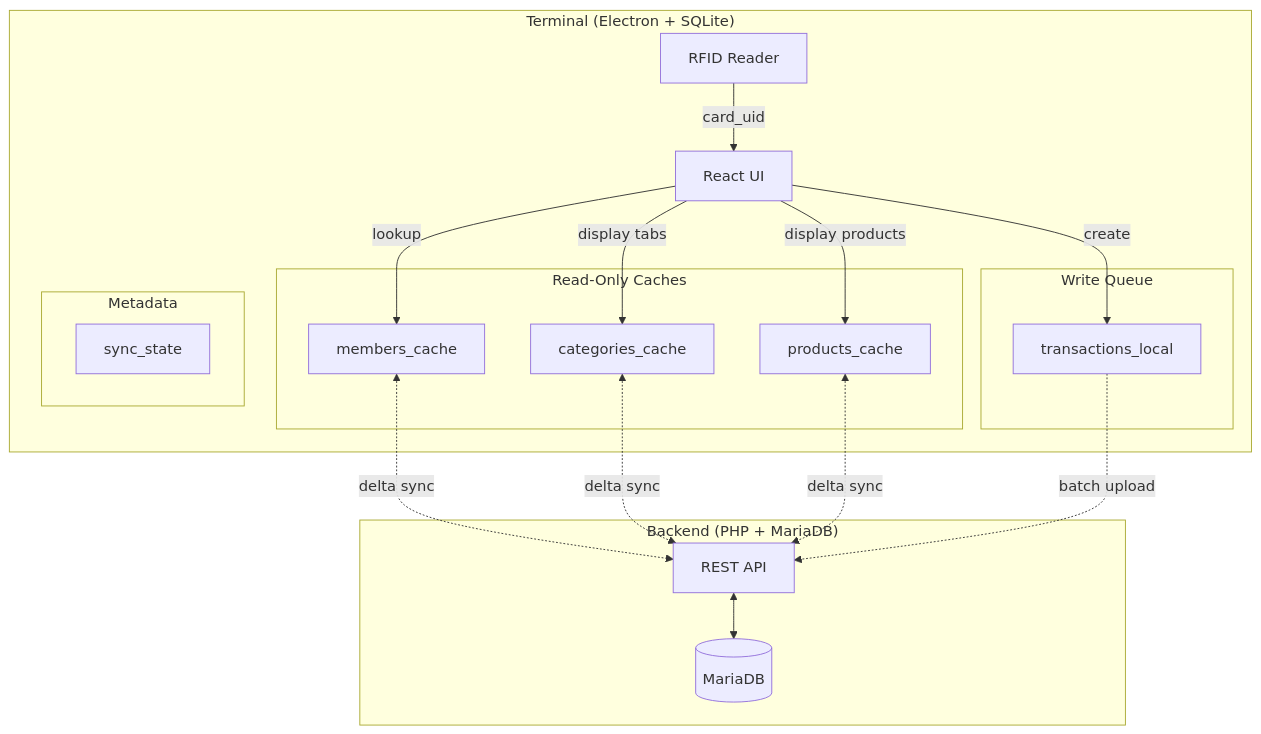
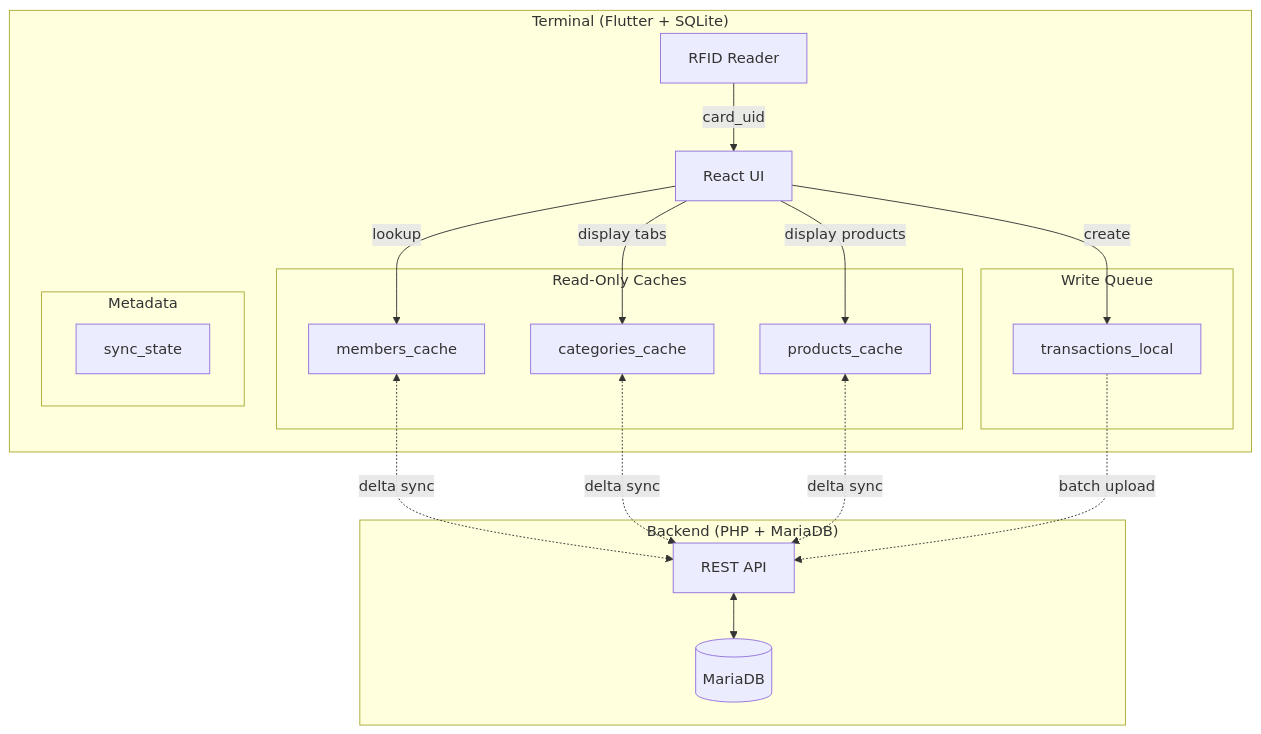
The third of 3 diagrams in docs/erm-frontend.md (dgloeckner/clubbar), drawn with Mermaid before and after one commit. The commit also changed other lines of this file and 98 other files, not shown here.

````diff
--- a/docs/erm-frontend.md
+++ b/docs/erm-frontend.md
@@ -302,36 +302,36 @@
 ```mermaid
 flowchart TB
-    subgraph Terminal["Terminal (Electron + SQLite)"]
+    subgraph Terminal["Terminal (Flutter + SQLite)"]
         subgraph RO["Read-Only Caches"]
             MC[members_cache]
             CC[categories_cache]
             PC[products_cache]
         end
         subgraph WQ["Write Queue"]
             TL[transactions_local]
         end
         subgraph Meta["Metadata"]
             SS[sync_state]
         end
         UI[React UI]
         RFID[RFID Reader]
     end
 
     subgraph Backend["Backend (PHP + MariaDB)"]
         API[REST API]
         DB[(MariaDB)]
     end
 
     RFID -->|card_uid| UI
     UI -->|lookup| MC
     UI -->|display tabs| CC
     UI -->|display products| PC
     UI -->|create| TL
 
     MC <-.->|delta sync| API
     CC <-.->|delta sync| API
     PC <-.->|delta sync| API
     TL -.->|batch upload| API
 
     API <--> DB
 ```
````
